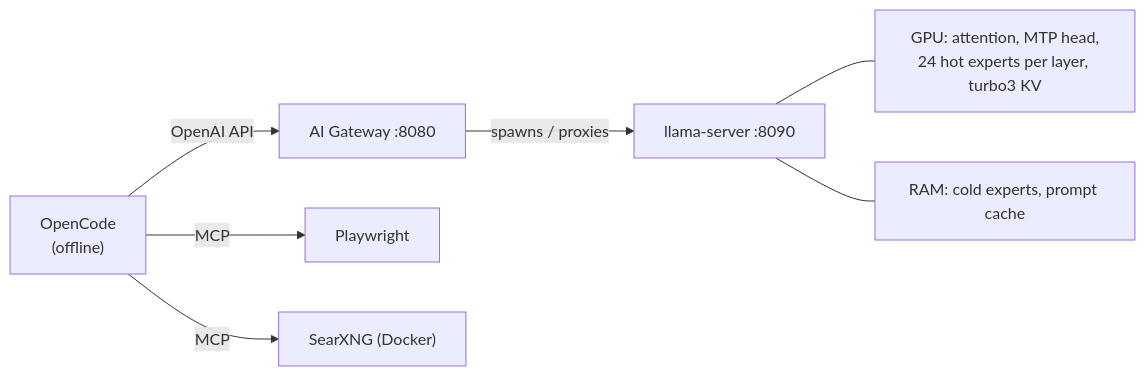
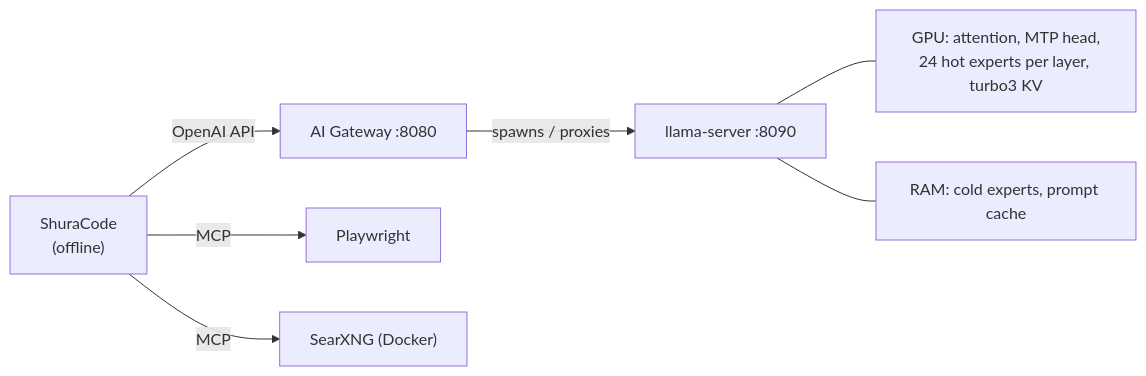
The diagram in README.md (hikkian/shura), drawn with Mermaid before and after one commit. The commit also changed other lines of this file and 18 other files, not shown here.

First line of the commit message:
Use ShuraCode as the coding agent

````diff
--- a/README.md
+++ b/README.md
@@ -75,9 +85,9 @@
 ```mermaid
 flowchart LR
-    OC["OpenCode<br/>(offline)"] -- OpenAI API --> GW["AI Gateway :8080"]
+    OC["ShuraCode<br/>(offline)"] -- OpenAI API --> GW["AI Gateway :8080"]
     GW -- spawns / proxies --> LS["llama-server :8090"]
     LS --- GPU["GPU: attention, MTP head,<br/>24 hot experts per layer, turbo3 KV"]
     LS --- CPU["RAM: cold experts, prompt cache"]
     OC -- MCP --> PW["Playwright"]
     OC -- MCP --> SX["SearXNG (Docker)"]
 ```
````
